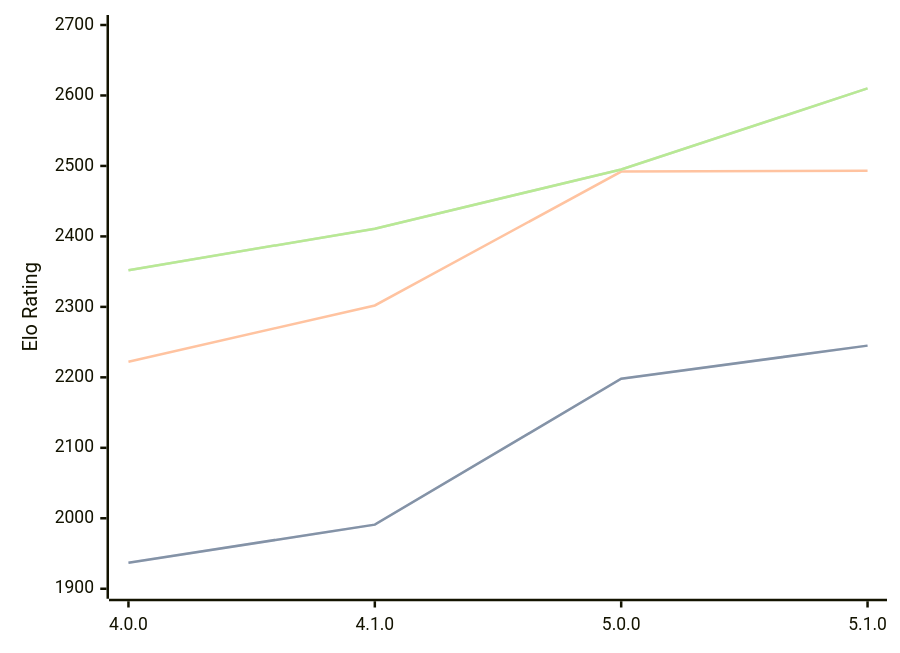
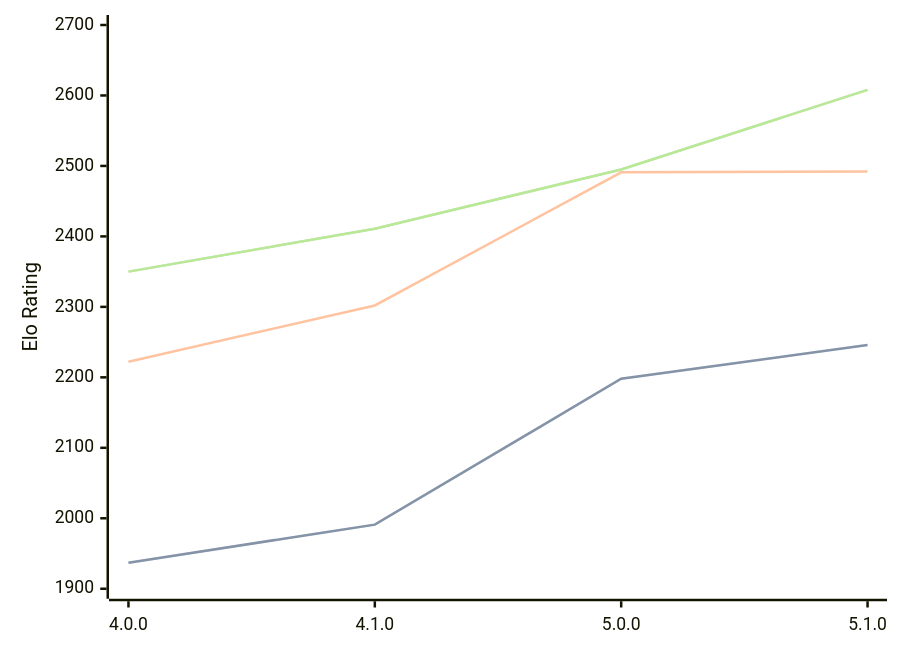
The diagram in engines/Aconcagua.md (computer-chess-index/cci), drawn with Mermaid before and after one commit. The commit also changed other lines of this file, not shown here.

Commit message:
Update CCI Ratings (ELO VLTC) - 2026-04-21

````diff
--- a/engines/Aconcagua.md
+++ b/engines/Aconcagua.md
@@ -43,11 +43,11 @@
 ```mermaid
 %%{init: {"theme":"base","themeVariables":{"seriesColors:['#a3a3a3','#222221','#faa371']}}}%%
 xychart-beta
   x-axis ["4.0.0", "4.1.0", "5.0.0", "5.1.0"]
   y-axis "Elo Rating" 1900 --> 2700
-  line "STC (8.0+0.08s)" [1937, 1991, 2198, 2245]
-  line "STC (8.0+0.08s)" [1937, 1991, 2198, 2245]
-  line "LTC (60.0+0.60s)" [2222, 2302, 2492, 2493]
-  line "VLTC (2m24s+1.12s)" [2352, 2411, 2495, 2610]
-  line "VLTC (2m24s+1.12s)" [2352, 2411, 2495, 2610]
+  line "STC (8.0+0.08s)" [1937, 1991, 2198, 2246]
+  line "STC (8.0+0.08s)" [1937, 1991, 2198, 2246]
+  line "LTC (60.0+0.60s)" [2222, 2302, 2491, 2492]
+  line "VLTC (2m24s+1.12s)" [2350, 2411, 2495, 2608]
+  line "VLTC (2m24s+1.12s)" [2350, 2411, 2495, 2608]
 ```
````
